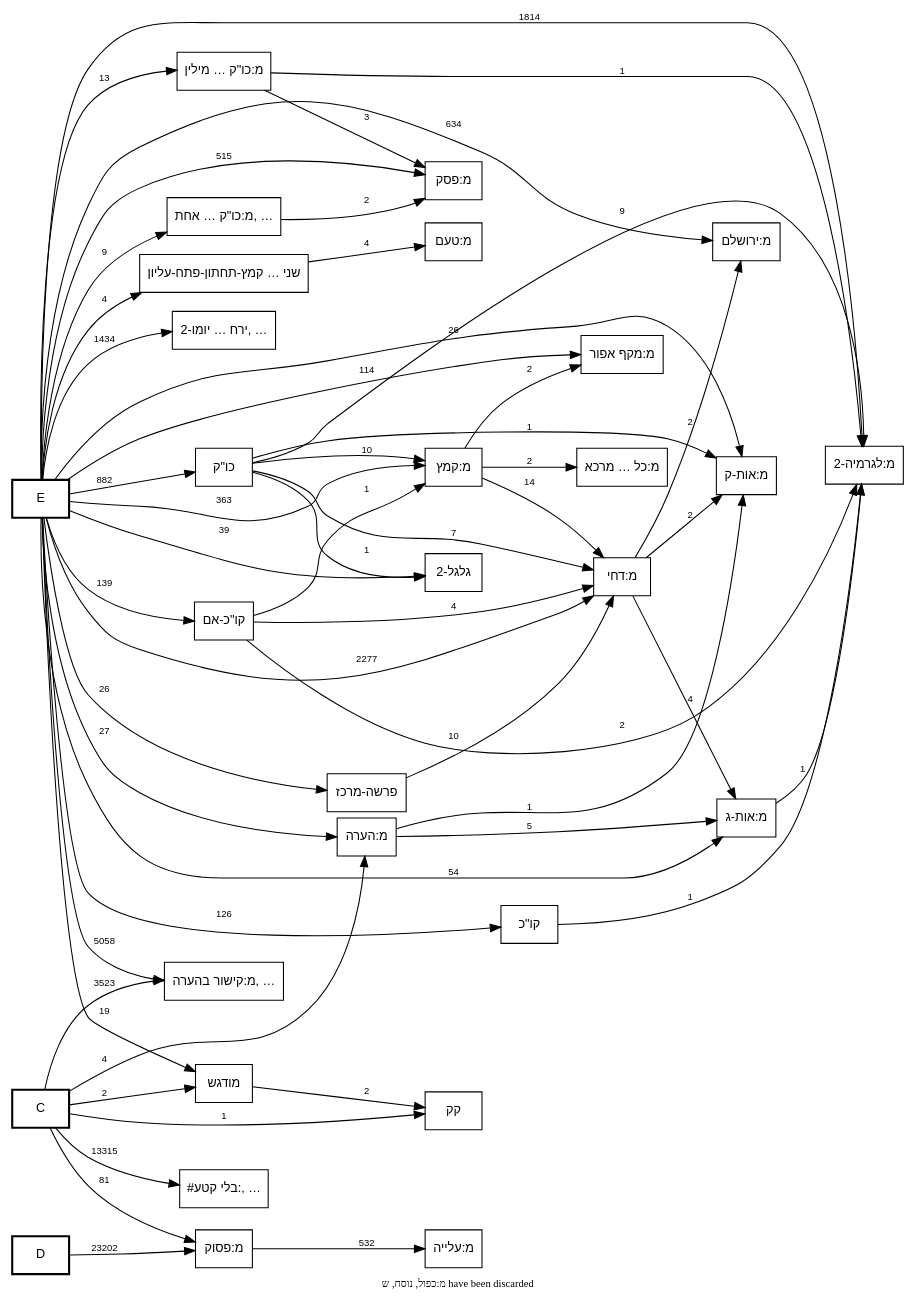
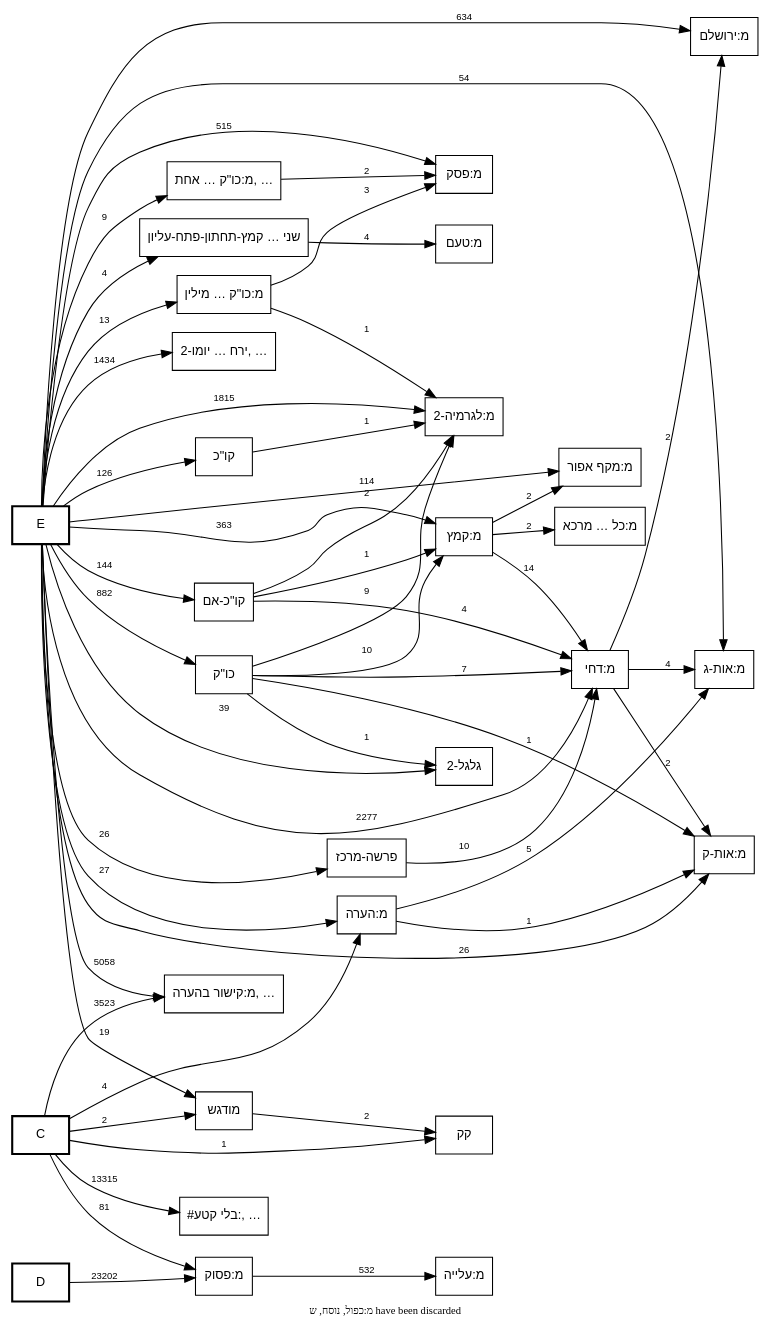
One commit to bdenckla/MAM-basics changed the diagram in out/MAM-tmpl-survey/plain-call-graph.dot. Above: the diagram before and after it, drawn with Graphviz. The commit also changed 18 other files, not shown here.

```diff
--- a/out/MAM-tmpl-survey/plain-call-graph.dot
+++ b/out/MAM-tmpl-survey/plain-call-graph.dot
@@ -1,165 +1,164 @@
 digraph template_call_graph {
     rankdir=LR;
     node [fontname="SBL Hebrew,Helvetica", fontsize=12];
     edge [fontname="Helvetica", fontsize=9];
 
     // Column nodes
     node [shape=box, style=bold];
     "C";
     "D";
     "E";
 
     // Template nodes
     node [shape=box, style=""];
-    "#בלי קטע:" [label="#בלי קטע:, …", tooltip="#בלי קטע:
+    "#בלי קטע:, …" [tooltip="#בלי קטע:
 #בלי קטע:דברי הימים א טז/טעמים
 #בלי קטע:דברים לב/טעמים
 #בלי קטע:יהושע יב/טעמים
 #בלי קטע:מלכי כנען/צורת השיר
 #בלי קטע:עשרת בני המן/צורת השיר
 #בלי קטע:שופטים ה/טעמים
 #בלי קטע:שירת אסף/צורת השיר
 #בלי קטע:שירת דבורה/צורת השיר
 #בלי קטע:שירת דוד/צורת השיר
 #בלי קטע:שירת האזינו/צורת השיר
 #בלי קטע:שירת הים/צורת השיר
 #בלי קטע:שירת העתים/צורת השיר
 #בלי קטע:שמואל ב כב/טעמים
 #בלי קטע:שמות טו/טעמים
 #קטע:אסתר ט/טעמים
 #קטע:דברי הימים א טז/טעמים
 #קטע:דברים לב/טעמים
 #קטע:יהושע יב/טעמים
 #קטע:מלכי כנען/צורות נוספות
 #קטע:מלכי כנען/צורת השיר
 #קטע:עשרת בני המן/צורות נוספות
 #קטע:עשרת בני המן/צורת השיר
 #קטע:עשרת הדברות בסיס/טעמים
 #קטע:עשרת הדברות/טעמים
 #קטע:קהלת ג/טעמים
 #קטע:שירת אסף/צורות נוספות
 #קטע:שירת אסף/צורת השיר
 #קטע:שירת דבורה/צורות נוספות
 #קטע:שירת דבורה/צורת השיר
 #קטע:שירת דוד/צורות נוספות
 #קטע:שירת דוד/צורת השיר
 #קטע:שירת האזינו/צורות נוספות
 #קטע:שירת האזינו/צורת השיר
 #קטע:שירת הים/צורות נוספות
 #קטע:שירת הים/צורת השיר
 #קטע:שירת העתים/צורות נוספות
 #קטע:שירת העתים/צורת השיר
 #קטע:שמות טו/טעמים
 בסיס-משתמש
 טעמי המקרא באינטרנט
 מ:אין פרשה בתחילת פרק
 מ:אין פרשה בתחילת פרק בספרי אמ\"ת
 מ:אין רווח של פרשה בתחילת פרשת השבוע
 מ:טעמי המקרא
 מ:טעמי המקרא-סוף
 מ:יישור-בשני-הצדדים
 מ:יישור-בשני-הצדדים-סוף
 מ:סיום בטוב
 מ:ספר חדש
 מ:רווח בתרי עשר
 מ:רווח בתרי עשר בפסוק הראשון
 מ:רווח לספר בתהלים
 מ:רווח לספר בתהלים בפסוק הראשון
 מ:שוליים
 מ:שוליים-סוף
 ניווט טעמים
 עוגן בשורה
 צורות כתיבה בספרי אמ\"ת
 ר4"];
-    "ירח בן יומו-2" [label="ירח … יומו-2, …", tooltip="ירח בן יומו-2
+    "ירח … יומו-2, …" [tooltip="ירח בן יומו-2
 כתיב ולא קרי
 מ:אות מנוקדת
 מ:אות תלויה
 מ:גרש ותלישא גדולה
 מ:גרשיים ותלישא גדולה
 מ:טעם ומתג באות אחת
 מ:ירושלמה
 מ:כו\"ק בין שני מקפים
 מ:כו\"ק כתיב מילה חדה וקרי תרתין מילין בין שני מקפים
 מ:כו\"ק כתיב תרתין מילין וקרי מילה חדה
 מ:כו\"ק קרי שונה מהכתיב בשתי מילים
 מ:כו\"ק של שלוש מילים בהערה אחת
 מ:נו\"ן הפוכה
 מ:צינור
 מ:קו\"כ קרי שונה מהכתיב בשתי מילים
 מ:קישור פנימי בהערה
 קרי ולא כתיב
 ר0
 ר2
 ר3
 רווח בסוף שורה"];
     "מ:כו\"ק כתיב מילה חדה וקרי תרתין מילין" [label="מ:כו\"ק … מילין", tooltip="מ:כו\"ק כתיב מילה חדה וקרי תרתין מילין"];
-    "מ:כו\"ק של שתי מילים בהערה אחת" [label="מ:כו\"ק … אחת, …", tooltip="מ:כו\"ק של שתי מילים בהערה אחת
+    "מ:כו\"ק … אחת, …" [tooltip="מ:כו\"ק של שתי מילים בהערה אחת
 מ:קו\"כ כתיב מילה חדה וקרי תרתין מילין"];
     "מ:כל קמץ קטן מרכא" [label="מ:כל … מרכא", tooltip="מ:כל קמץ קטן מרכא"];
-    "מ:קישור בהערה" [label="מ:קישור בהערה, …", tooltip="מ:קישור בהערה
+    "מ:קישור בהערה, …" [tooltip="מ:קישור בהערה
 מ:ששש
 סס
 ססס
 פפ
 פפפ
 ר1"];
     "שני טעמים באות אחת קמץ-תחתון-פתח-עליון" [label="שני … קמץ-תחתון-פתח-עליון", tooltip="שני טעמים באות אחת קמץ-תחתון-פתח-עליון"];
 
     // Note
     graph [label="מ:כפול, נוסח, ש have been discarded", labelloc=b, fontsize=10];
 
     // Edges
-    "C" -> "#בלי קטע:" [label="13315"];
+    "C" -> "#בלי קטע:, …" [label="13315"];
     "C" -> "מ:הערה" [label="4"];
     "C" -> "מ:פסוק" [label="81"];
-    "C" -> "מ:קישור בהערה" [label="3523"];
+    "C" -> "מ:קישור בהערה, …" [label="3523"];
     "C" -> "מודגש" [label="2"];
     "C" -> "קק" [label="1"];
     "D" -> "מ:פסוק" [label="23202"];
     "E" -> "גלגל-2" [label="39"];
-    "E" -> "ירח בן יומו-2" [label="1434"];
+    "E" -> "ירח … יומו-2, …" [label="1434"];
     "E" -> "כו\"ק" [label="882"];
     "E" -> "מ:אות-ג" [label="54"];
     "E" -> "מ:אות-ק" [label="26"];
     "E" -> "מ:דחי" [label="2277"];
     "E" -> "מ:הערה" [label="27"];
     "E" -> "מ:ירושלם" [label="634"];
     "E" -> "מ:כו\"ק כתיב מילה חדה וקרי תרתין מילין" [label="13"];
-    "E" -> "מ:כו\"ק של שתי מילים בהערה אחת" [label="9"];
-    "E" -> "מ:לגרמיה-2" [label="1814"];
+    "E" -> "מ:כו\"ק … אחת, …" [label="9"];
+    "E" -> "מ:לגרמיה-2" [label="1815"];
     "E" -> "מ:מקף אפור" [label="114"];
     "E" -> "מ:פסק" [label="515"];
-    "E" -> "מ:קישור בהערה" [label="5058"];
+    "E" -> "מ:קישור בהערה, …" [label="5058"];
     "E" -> "מ:קמץ" [label="363"];
     "E" -> "מודגש" [label="19"];
     "E" -> "פרשה-מרכז" [label="26"];
     "E" -> "קו\"כ" [label="126"];
-    "E" -> "קו\"כ-אם" [label="139"];
+    "E" -> "קו\"כ-אם" [label="144"];
     "E" -> "שני טעמים באות אחת קמץ-תחתון-פתח-עליון" [label="4"];
     "כו\"ק" -> "גלגל-2" [label="1"];
     "כו\"ק" -> "מ:אות-ק" [label="1"];
     "כו\"ק" -> "מ:דחי" [label="7"];
     "כו\"ק" -> "מ:לגרמיה-2" [label="9"];
     "כו\"ק" -> "מ:קמץ" [label="10"];
-    "מ:אות-ג" -> "מ:לגרמיה-2" [label="1"];
     "מ:דחי" -> "מ:אות-ג" [label="4"];
     "מ:דחי" -> "מ:אות-ק" [label="2"];
     "מ:דחי" -> "מ:ירושלם" [label="2"];
     "מ:הערה" -> "מ:אות-ג" [label="5"];
     "מ:הערה" -> "מ:אות-ק" [label="1"];
     "מ:כו\"ק כתיב מילה חדה וקרי תרתין מילין" -> "מ:לגרמיה-2" [label="1"];
     "מ:כו\"ק כתיב מילה חדה וקרי תרתין מילין" -> "מ:פסק" [label="3"];
-    "מ:כו\"ק של שתי מילים בהערה אחת" -> "מ:פסק" [label="2"];
+    "מ:כו\"ק … אחת, …" -> "מ:פסק" [label="2"];
     "מ:פסוק" -> "מ:עלייה" [label="532"];
     "מ:קמץ" -> "מ:דחי" [label="14"];
     "מ:קמץ" -> "מ:כל קמץ קטן מרכא" [label="2"];
     "מ:קמץ" -> "מ:מקף אפור" [label="2"];
     "מודגש" -> "קק" [label="2"];
     "פרשה-מרכז" -> "מ:דחי" [label="10"];
     "קו\"כ" -> "מ:לגרמיה-2" [label="1"];
     "קו\"כ-אם" -> "מ:דחי" [label="4"];
     "קו\"כ-אם" -> "מ:לגרמיה-2" [label="2"];
     "קו\"כ-אם" -> "מ:קמץ" [label="1"];
     "שני טעמים באות אחת קמץ-תחתון-פתח-עליון" -> "מ:טעם" [label="4"];
 }
```
